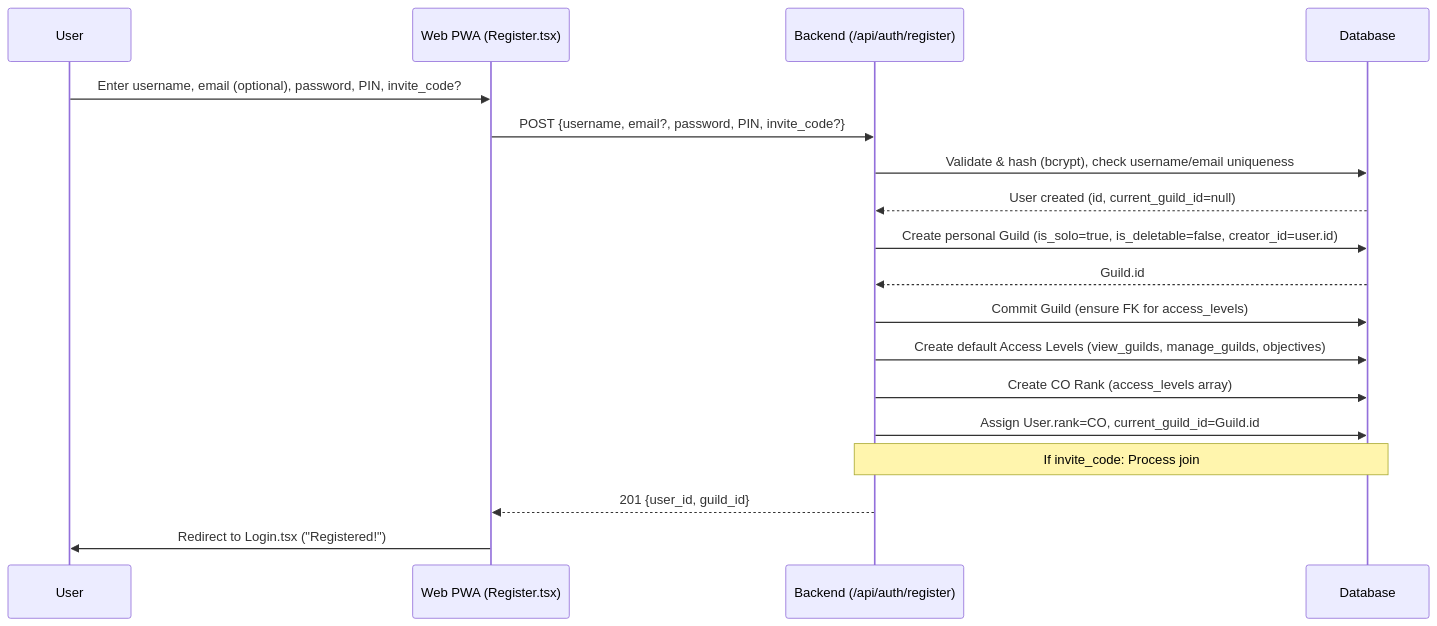
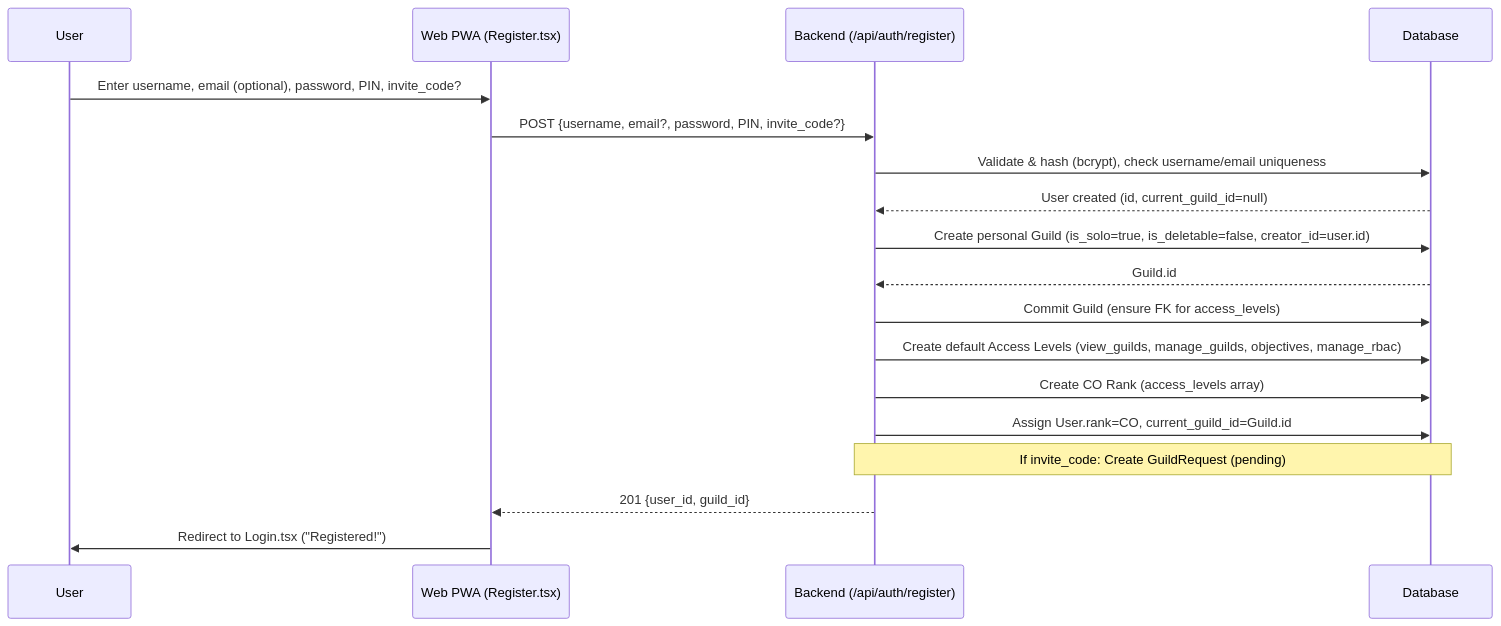
One commit to hamlet2k/SphereConnect changed the first of 9 diagrams in docs/project/use_cases.markdown. Above: the diagram before and after it, drawn with Mermaid. The commit also changed other lines of this file and 16 other files, not shown here.

````diff
--- a/docs/project/use_cases.markdown
+++ b/docs/project/use_cases.markdown
@@ -12,20 +12,20 @@
 ```mermaid
 sequenceDiagram
     participant U as User
     participant W as Web PWA (Register.tsx)
     participant B as Backend (/api/auth/register)
     participant D as Database
     U->>W: Enter username, email (optional), password, PIN, invite_code?
     W->>B: POST {username, email?, password, PIN, invite_code?}
     B->>D: Validate & hash (bcrypt), check username/email uniqueness
     D-->>B: User created (id, current_guild_id=null)
     B->>D: Create personal Guild (is_solo=true, is_deletable=false, creator_id=user.id)
     D-->>B: Guild.id
     B->>D: Commit Guild (ensure FK for access_levels)
-    B->>D: Create default Access Levels (view_guilds, manage_guilds, objectives)
+    B->>D: Create default Access Levels (view_guilds, manage_guilds, objectives, manage_rbac)
     B->>D: Create CO Rank (access_levels array)
     B->>D: Assign User.rank=CO, current_guild_id=Guild.id
-    note over B,D: If invite_code: Process join
+    note over B,D: If invite_code: Create GuildRequest (pending)
     B-->>W: 201 {user_id, guild_id}
     W->>U: Redirect to Login.tsx ("Registered!")
 ```
````
